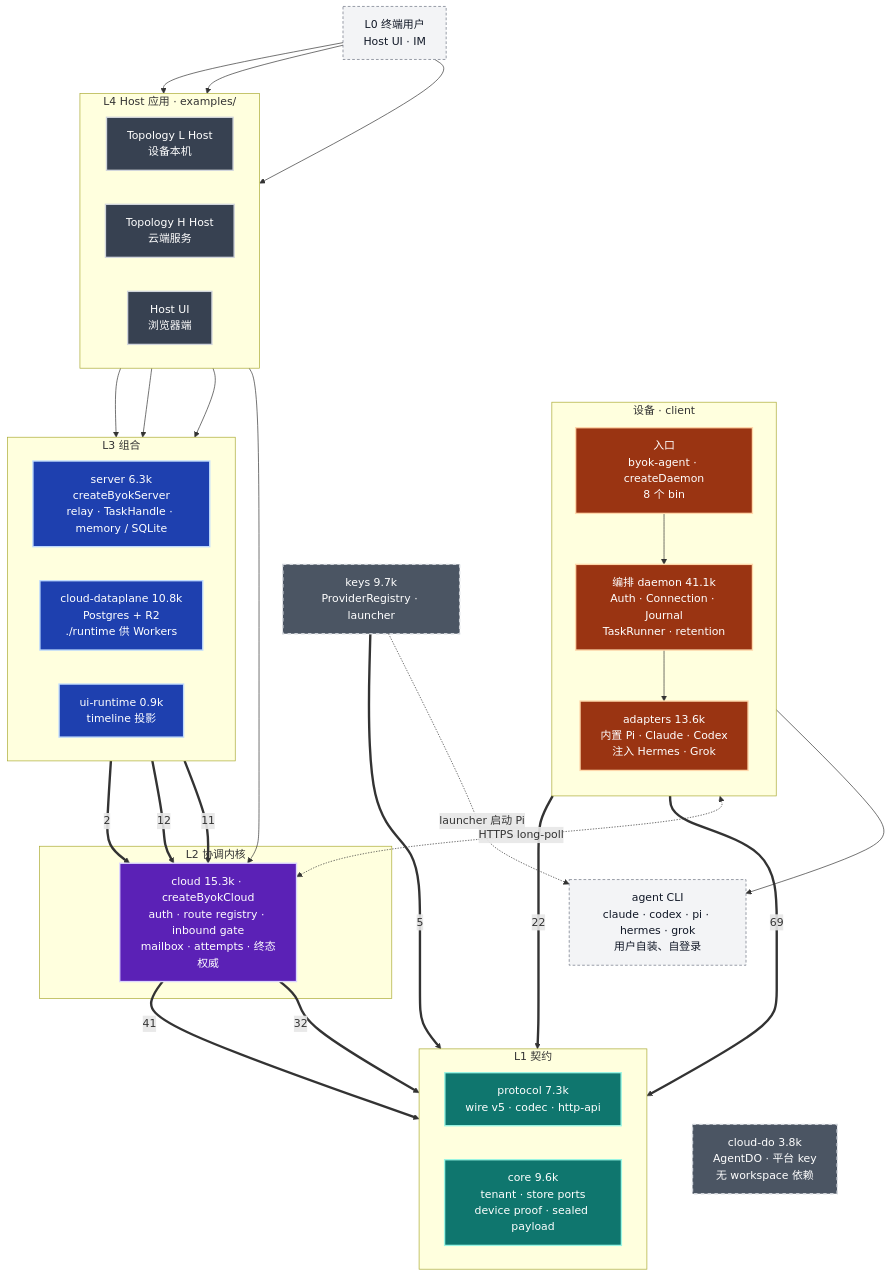
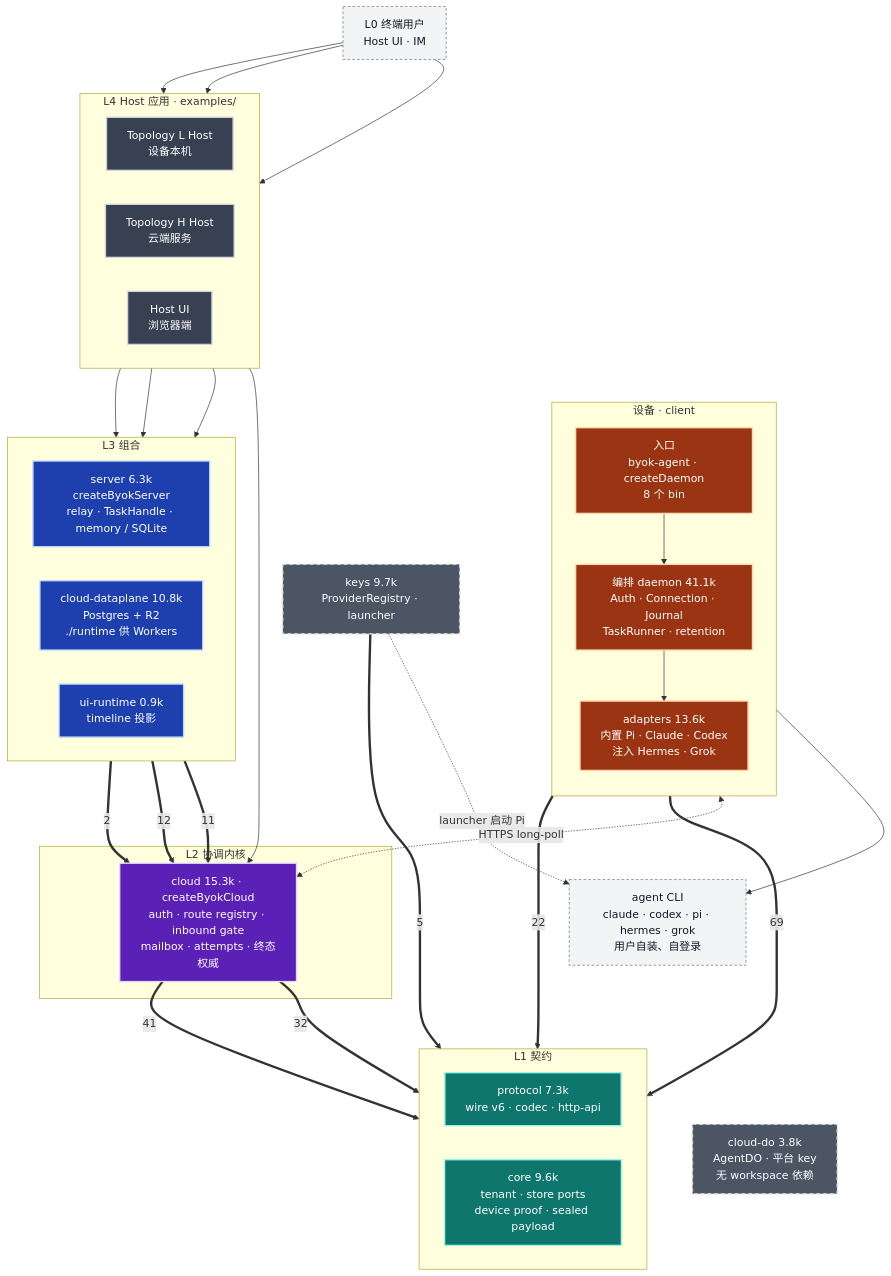
One commit to Ancienttwo/byok-sdk changed the first of 7 diagrams in docs/architecture/layered-architecture.md. Above: the diagram before and after it, drawn with Mermaid. The commit also changed other lines of this file and 7 other files, not shown here.

````diff
--- a/docs/architecture/layered-architecture.md
+++ b/docs/architecture/layered-architecture.md
@@ -15,69 +15,69 @@
 ```mermaid
 flowchart TB
   classDef ext fill:#f3f4f6,stroke:#6b7280,color:#111827,stroke-dasharray:4 3
   classDef host fill:#374151,stroke:#d1d5db,stroke-width:2px,color:#fff
   classDef compose fill:#1e40af,stroke:#bfdbfe,stroke-width:2px,color:#fff
   classDef kernel fill:#5b21b6,stroke:#ddd6fe,stroke-width:2px,color:#fff
   classDef contract fill:#0f766e,stroke:#99f6e4,stroke-width:2px,color:#fff
   classDef device fill:#9a3412,stroke:#fed7aa,stroke-width:2px,color:#fff
   classDef side fill:#4b5563,stroke:#d1d5db,stroke-width:2px,color:#fff,stroke-dasharray:5 5
 
   User["L0 终端用户<br/>Host UI · IM"]:::ext
 
   subgraph L4["L4 Host 应用 · examples/"]
     direction LR
     HostL["Topology L Host<br/>设备本机"]:::host
     HostH["Topology H Host<br/>云端服务"]:::host
     HostUI["Host UI<br/>浏览器端"]:::host
   end
 
   subgraph L3["L3 组合"]
     direction LR
     Server["server 6.3k<br/>createByokServer<br/>relay · TaskHandle · memory / SQLite"]:::compose
     Dataplane["cloud-dataplane 10.8k<br/>Postgres + R2<br/>./runtime 供 Workers"]:::compose
     UiRuntime["ui-runtime 0.9k<br/>timeline 投影"]:::compose
   end
 
   subgraph L2["L2 协调内核"]
     Cloud["cloud 15.3k · createByokCloud<br/>auth · route registry · inbound gate<br/>mailbox · attempts · 终态权威"]:::kernel
   end
 
   subgraph L1["L1 契约"]
     direction LR
-    Protocol["protocol 7.3k<br/>wire v5 · codec · http-api"]:::contract
+    Protocol["protocol 7.3k<br/>wire v6 · codec · http-api"]:::contract
     Core["core 9.6k<br/>tenant · store ports<br/>device proof · sealed payload"]:::contract
   end
 
   subgraph DEV["设备 · client"]
     direction TB
     DEntry["入口<br/>byok-agent · createDaemon<br/>8 个 bin"]:::device
     DOrch["编排 daemon 41.1k<br/>Auth · Connection · Journal<br/>TaskRunner · retention"]:::device
     DAdapt["adapters 13.6k<br/>内置 Pi · Claude · Codex<br/>注入 Hermes · Grok"]:::device
     DEntry --> DOrch --> DAdapt
   end
 
   CLIs["agent CLI<br/>claude · codex · pi · hermes · grok<br/>用户自装、自登录"]:::ext
   Keys["keys 9.7k<br/>ProviderRegistry · launcher"]:::side
   CloudDo["cloud-do 3.8k<br/>AgentDO · 平台 key<br/>无 workspace 依赖"]:::side
 
   User --> HostL
   User --> HostH
   User --> HostUI
   User ~~~ DEntry
   HostL --> Server
   HostH --> Cloud
   HostH --> Dataplane
   HostUI --> UiRuntime
   Server ==>|"11"| Cloud
   Dataplane ==>|"12"| Cloud
   UiRuntime ==>|"2"| Cloud
   Cloud ==>|"32"| Protocol
   Cloud ==>|"41"| Core
   DOrch ==>|"69"| Protocol
   DOrch ==>|"22"| Core
   Keys ==>|"5"| Core
   DAdapt --> CLIs
   Keys -.->|"launcher 启动 Pi"| CLIs
   DOrch <-.->|"HTTPS long-poll"| Cloud
   CLIs ~~~ CloudDo
 ```
````
